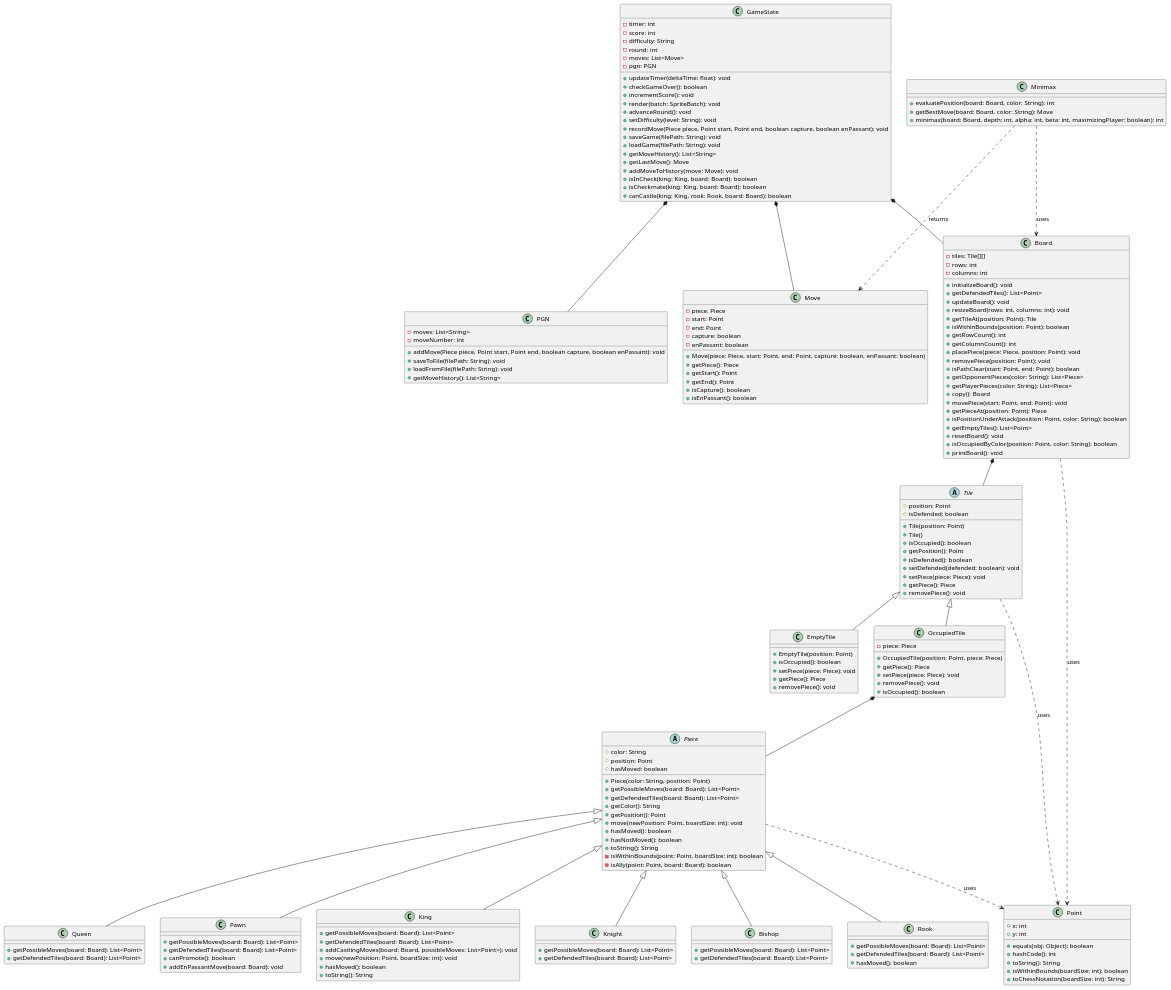
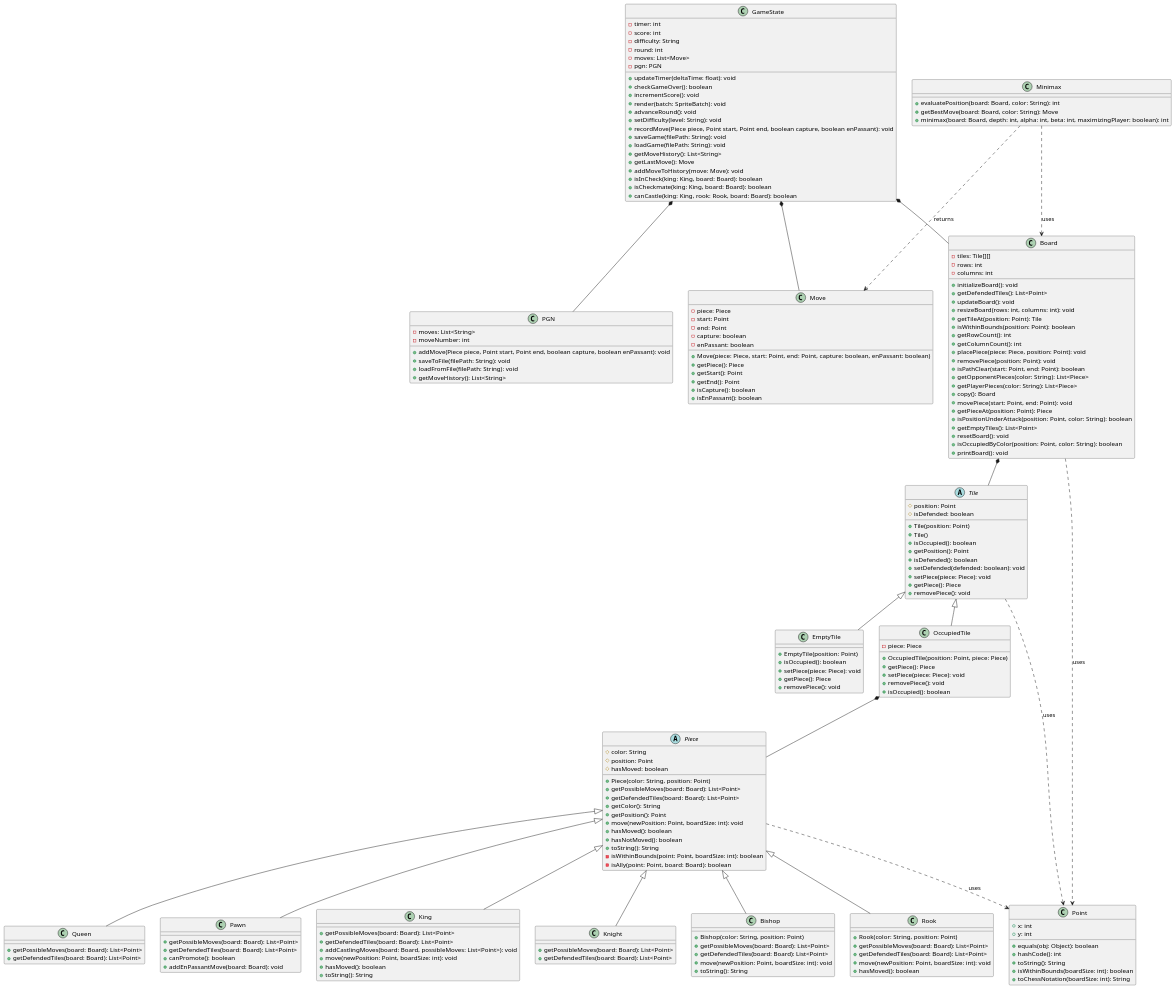
One commit to TerminalGambit/PCOO-projetfinal changed the diagram in UML/WithoutTest.puml. Above: the diagram before and after it, drawn with PlantUML. The commit also changed 4 other files, not shown here.

Commit message:
Doc sur Bishop et Rook refaite + UML màj

```diff
--- a/UML/WithoutTest.puml
+++ b/UML/WithoutTest.puml
@@ -1,191 +1,196 @@
 @startuml
 
 class Point {
     +x: int
     +y: int
     +equals(obj: Object): boolean
     +hashCode(): int
     +toString(): String
     +isWithinBounds(boardSize: int): boolean
     +toChessNotation(boardSize: int): String
 }
 
 abstract class Tile {
     #position: Point
     #isDefended: boolean
     +Tile(position: Point)
     +Tile()
     +isOccupied(): boolean
     +getPosition(): Point
     +isDefended(): boolean
     +setDefended(defended: boolean): void
     +setPiece(piece: Piece): void
     +getPiece(): Piece
     +removePiece(): void
 }
 
 class EmptyTile extends Tile {
     +EmptyTile(position: Point)
     +isOccupied(): boolean
     +setPiece(piece: Piece): void
     +getPiece(): Piece
     +removePiece(): void
 }
 
 class OccupiedTile extends Tile {
     -piece: Piece
     +OccupiedTile(position: Point, piece: Piece)
     +getPiece(): Piece
     +setPiece(piece: Piece): void
     +removePiece(): void
     +isOccupied(): boolean
 }
 
 abstract class Piece {
     #color: String
     #position: Point
     #hasMoved: boolean
     +Piece(color: String, position: Point)
     +getPossibleMoves(board: Board): List<Point>
     +getDefendedTiles(board: Board): List<Point>
     +getColor(): String
     +getPosition(): Point
     +move(newPosition: Point, boardSize: int): void
     +hasMoved(): boolean
     +hasNotMoved(): boolean
     +toString(): String
     -isWithinBounds(point: Point, boardSize: int): boolean
     -isAlly(point: Point, board: Board): boolean
 }
 
 
 class King extends Piece {
     +getPossibleMoves(board: Board): List<Point>
     +getDefendedTiles(board: Board): List<Point>
     +addCastlingMoves(board: Board, possibleMoves: List<Point>): void
     +move(newPosition: Point, boardSize: int): void
     +hasMoved(): boolean
     +toString(): String
 }
 
 class Knight extends Piece {
     +getPossibleMoves(board: Board): List<Point>
     +getDefendedTiles(board: Board): List<Point>
 }
 
 class Bishop extends Piece {
+    +Bishop(color: String, position: Point)
     +getPossibleMoves(board: Board): List<Point>
     +getDefendedTiles(board: Board): List<Point>
+    +move(newPosition: Point, boardSize: int): void
+    +toString(): String
 }
 
 class Rook extends Piece {
+    +Rook(color: String, position: Point)
     +getPossibleMoves(board: Board): List<Point>
     +getDefendedTiles(board: Board): List<Point>
+    +move(newPosition: Point, boardSize: int): void
     +hasMoved(): boolean
 }
 
 class Queen extends Piece {
     +getPossibleMoves(board: Board): List<Point>
     +getDefendedTiles(board: Board): List<Point>
 }
 
 class Pawn extends Piece {
     +getPossibleMoves(board: Board): List<Point>
     +getDefendedTiles(board: Board): List<Point>
     +canPromote(): boolean
     +addEnPassantMove(board: Board): void
 }
 
 class Board {
     -tiles: Tile[][]
     -rows: int
     -columns: int
     +initializeBoard(): void
     +getDefendedTiles(): List<Point>
     +updateBoard(): void
     +resizeBoard(rows: int, columns: int): void
     +getTileAt(position: Point): Tile
     +isWithinBounds(position: Point): boolean
     +getRowCount(): int
     +getColumnCount(): int
     +placePiece(piece: Piece, position: Point): void
     +removePiece(position: Point): void
     +isPathClear(start: Point, end: Point): boolean
     +getOpponentPieces(color: String): List<Piece>
     +getPlayerPieces(color: String): List<Piece>
     +copy(): Board
     +movePiece(start: Point, end: Point): void
     +getPieceAt(position: Point): Piece
     +isPositionUnderAttack(position: Point, color: String): boolean
     +getEmptyTiles(): List<Point>
     +resetBoard(): void
     +isOccupiedByColor(position: Point, color: String): boolean
     +printBoard(): void
 }
 
 class GameState {
     -timer: int
     -score: int
     -difficulty: String
     -round: int
     -moves: List<Move>
     -pgn: PGN
     +updateTimer(deltaTime: float): void
     +checkGameOver(): boolean
     +incrementScore(): void
     +render(batch: SpriteBatch): void
     +advanceRound(): void
     +setDifficulty(level: String): void
     +recordMove(Piece piece, Point start, Point end, boolean capture, boolean enPassant): void
     +saveGame(filePath: String): void
     +loadGame(filePath: String): void
     +getMoveHistory(): List<String>
     +getLastMove(): Move
     +addMoveToHistory(move: Move): void
     +isInCheck(king: King, board: Board): boolean
     +isCheckmate(king: King, board: Board): boolean
     +canCastle(king: King, rook: Rook, board: Board): boolean
 }
 
 class PGN {
     -moves: List<String>
     -moveNumber: int
     +addMove(Piece piece, Point start, Point end, boolean capture, boolean enPassant): void
     +saveToFile(filePath: String): void
     +loadFromFile(filePath: String): void
     +getMoveHistory(): List<String>
 }
 
 class Minimax {
     +evaluatePosition(board: Board, color: String): int
     +getBestMove(board: Board, color: String): Move
     +minimax(board: Board, depth: int, alpha: int, beta: int, maximizingPlayer: boolean): int
 }
 
 class Move {
     -piece: Piece
     -start: Point
     -end: Point
     -capture: boolean
     -enPassant: boolean
     +Move(piece: Piece, start: Point, end: Point, capture: boolean, enPassant: boolean)
     +getPiece(): Piece
     +getStart(): Point
     +getEnd(): Point
     +isCapture(): boolean
     +isEnPassant(): boolean
 }
 
 OccupiedTile *-- Piece
 Board *-- Tile
 GameState *-- Board
 GameState *-- PGN
 GameState *-- Move
 Minimax ..> Board : uses
 Minimax ..> Move : returns
 
 Tile ..> Point : uses
 Piece ..> Point : uses
 Board ..> Point : uses
 
 @enduml
```
